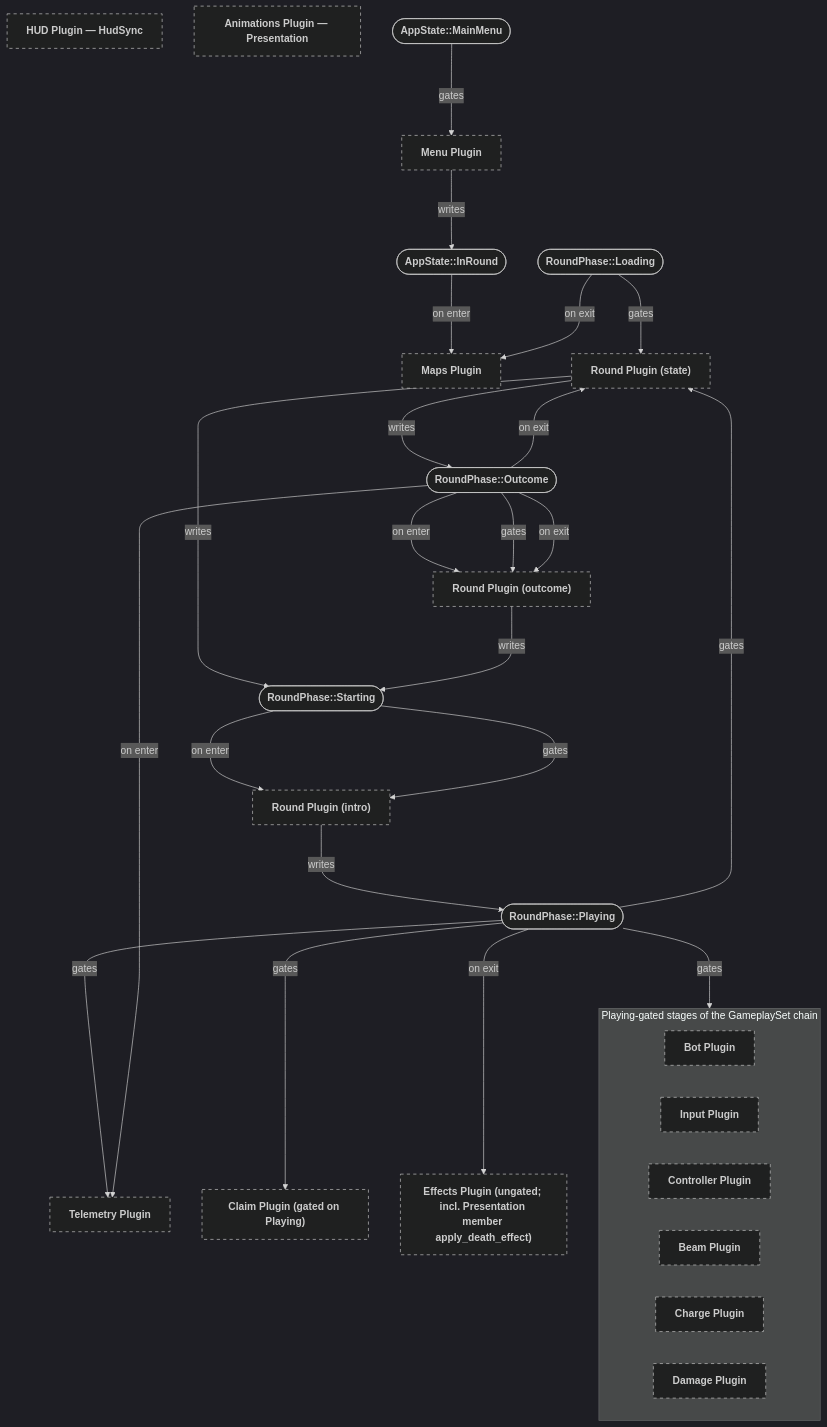
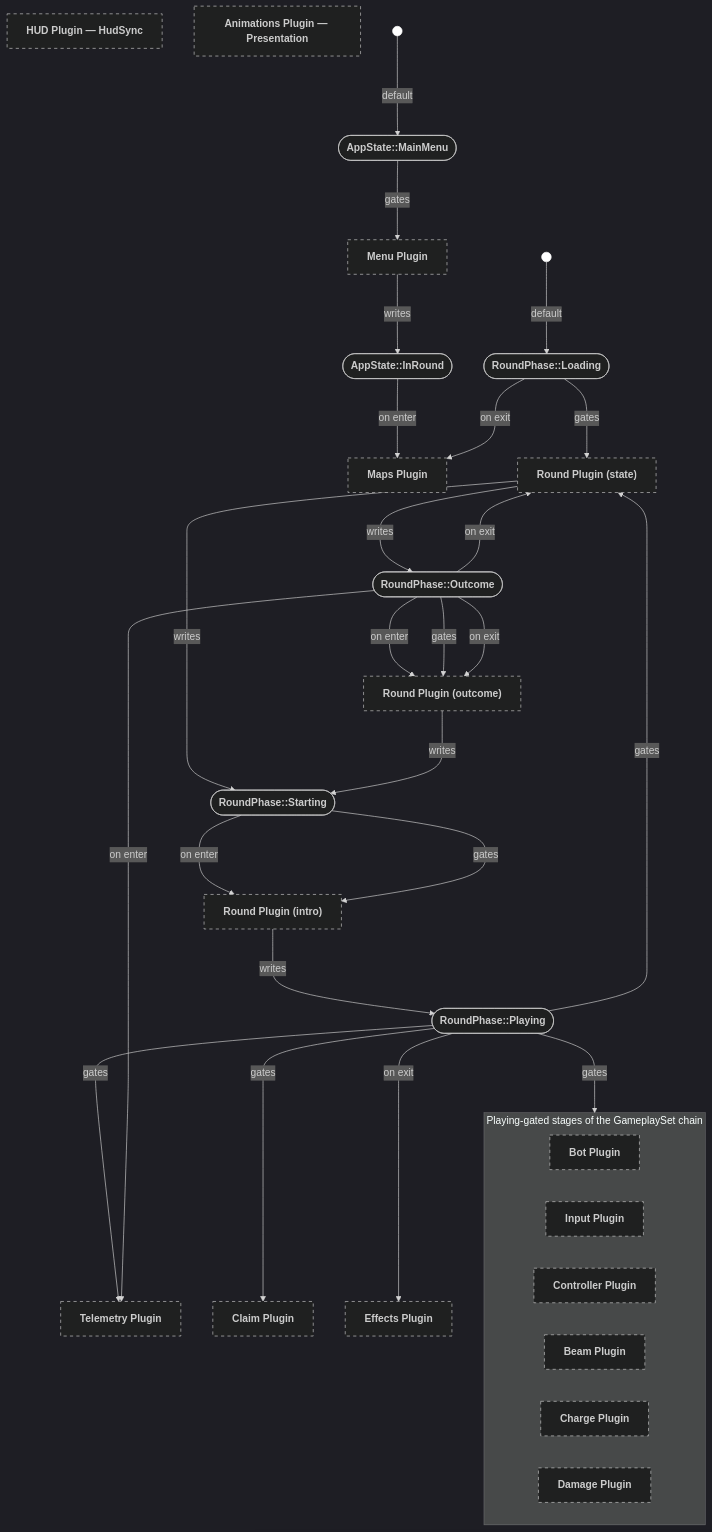
The diagram in backlog/docs/doc-24 - 000-Plugin-state-relationships.md (neurosoup/tyled), drawn with Mermaid before and after one commit. The commit also changed other lines of this file and 1 other file, not shown here.

Commit message:
Docs: sync state/message diagrams with plugin submodule breakdown
Updated doc-24 to show default state markers (UML-style initial pseudostates) and cleaned up node labels. Split doc-9's round_plugin into state, intro, and outcome submodules to match the actual file structure, re-pointing MapCreated and DamageableDied edges to round_state_plugin and AnimCompletedEvent to round_intro_plugin, making the message flow explicit and testable against source.

````diff
--- a/backlog/docs/doc-24 - 000-Plugin-state-relationships.md
+++ b/backlog/docs/doc-24 - 000-Plugin-state-relationships.md
@@ -85,69 +87,76 @@
 ```mermaid
 ---
 config:
   theme: dark
 ---
 
 flowchart TD
 classDef system-group stroke-dasharray: 5 5
+classDef default-marker fill:#fff,stroke:#fff
 
 menu_plugin["`**Menu Plugin**`"]:::system-group
 maps_plugin["`**Maps Plugin**`"]:::system-group
 round_state_plugin["`**Round Plugin (state)**`"]:::system-group
 round_intro_plugin["`**Round Plugin (intro)**`"]:::system-group
 round_outcome_plugin["`**Round Plugin (outcome)**`"]:::system-group
 bot_plugin["`**Bot Plugin**`"]:::system-group
 inputs_plugin["`**Input Plugin**`"]:::system-group
 controller_plugin["`**Controller Plugin**`"]:::system-group
 beam_plugin["`**Beam Plugin**`"]:::system-group
 charge_plugin["`**Charge Plugin**`"]:::system-group
 damage_plugin["`**Damage Plugin**`"]:::system-group
 telemetry_plugin["`**Telemetry Plugin**`"]:::system-group
-effects_plugin["`**Effects Plugin (ungated; incl. Presentation member apply_death_effect)**`"]:::system-group
-claim_plugin["`**Claim Plugin (gated on Playing)**`"]:::system-group
+effects_plugin["`**Effects Plugin**`"]:::system-group
+claim_plugin["`**Claim Plugin**`"]:::system-group
 hud_plugin["`**HUD Plugin — HudSync**`"]:::system-group
 animations_plugin["`**Animations Plugin — Presentation**`"]:::system-group
 
 app_main_menu(["`**AppState::MainMenu**`"])
 app_in_round(["`**AppState::InRound**`"])
 
 phase_loading(["`**RoundPhase::Loading**`"])
 phase_starting(["`**RoundPhase::Starting**`"])
 phase_playing(["`**RoundPhase::Playing**`"])
 phase_outcome(["`**RoundPhase::Outcome**`"])
+
+default_app((" ")):::default-marker
+default_round((" ")):::default-marker
+
+default_app ---> |default| app_main_menu
+default_round ---> |default| phase_loading
 
 app_main_menu ---> |gates| menu_plugin
 menu_plugin ---> |writes| app_in_round
 app_in_round ---> |on enter| maps_plugin
 
 phase_loading ---> |gates| round_state_plugin
 round_state_plugin ---> |writes| phase_starting
 phase_loading ---> |on exit| maps_plugin
 
 phase_starting ---> |on enter| round_intro_plugin
 phase_starting ---> |gates| round_intro_plugin
 round_intro_plugin ---> |writes| phase_playing
 
 subgraph pipeline ["Playing-gated stages of the GameplaySet chain"]
   bot_plugin
   inputs_plugin
   controller_plugin
   beam_plugin
   charge_plugin
   damage_plugin
 end
 
 phase_playing ---> |gates| pipeline
 phase_playing ---> |gates| round_state_plugin
 round_state_plugin ---> |writes| phase_outcome
 phase_playing ---> |gates| telemetry_plugin
 phase_playing ---> |gates| claim_plugin
 phase_playing ---> |on exit| effects_plugin
 
 phase_outcome ---> |on enter| round_outcome_plugin
 phase_outcome ---> |gates| round_outcome_plugin
 phase_outcome ---> |on enter| telemetry_plugin
 phase_outcome ---> |on exit| round_state_plugin
 phase_outcome ---> |on exit| round_outcome_plugin
 round_outcome_plugin ---> |writes| phase_starting
 ```
````
